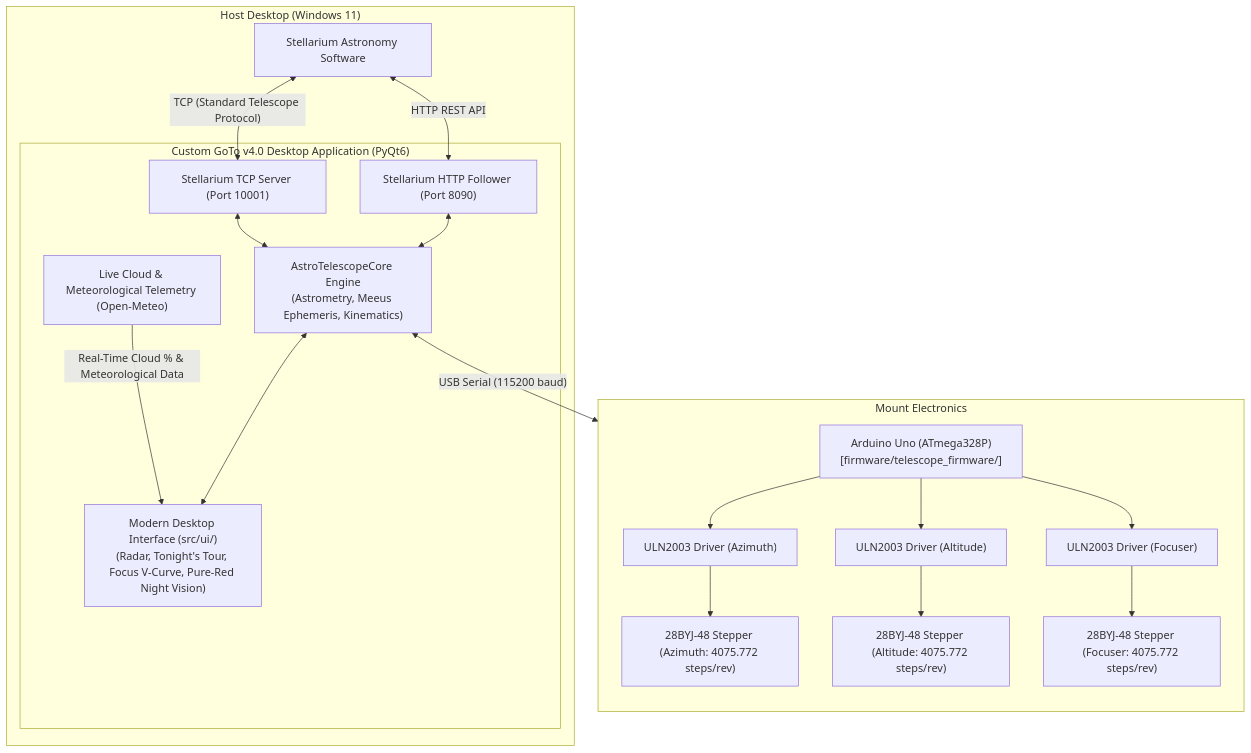
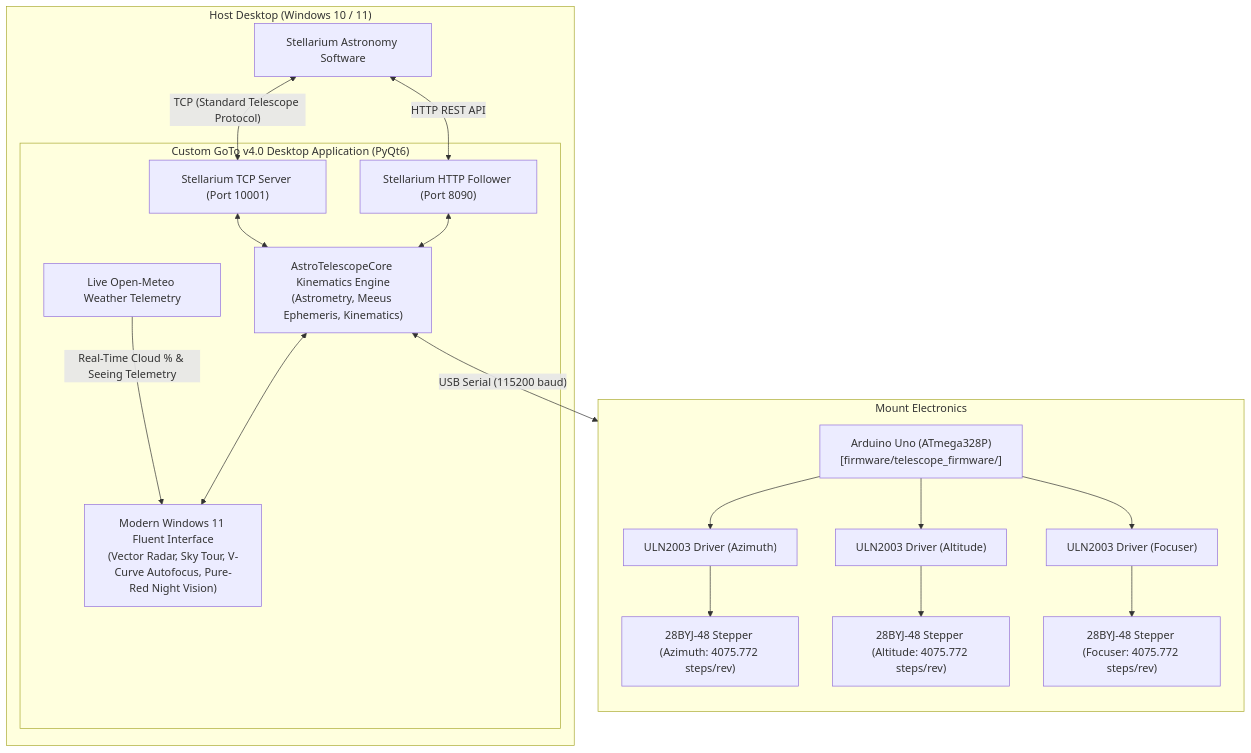
One commit to Hitesh070/Custom-GoTo-Telescope changed the diagram in README.md. Above: the diagram before and after it, drawn with Mermaid. The commit also changed other lines of this file, not shown here.

Commit message:
docs: modernize and expand README.md with badges, keyboard shortcuts, hardware table, and v4.0 architecture

````diff
--- a/README.md
+++ b/README.md
@@ -9,35 +25,35 @@
 ```mermaid
 flowchart TD
-    subgraph PC["Host Desktop (Windows 11)"]
+    subgraph PC["Host Desktop (Windows 10 / 11)"]
         S["Stellarium Astronomy Software"]
         subgraph BridgeApp["Custom GoTo v4.0 Desktop Application (PyQt6)"]
             ST_SRV["Stellarium TCP Server (Port 10001)"]
             HTTP_CLI["Stellarium HTTP Follower (Port 8090)"]
-            WX_SVC["Live Cloud & Meteorological Telemetry (Open-Meteo)"]
-            CORE["AstroTelescopeCore Engine\n(Astrometry, Meeus Ephemeris, Kinematics)"]
-            GUI["Modern Desktop Interface (src/ui/)\n(Radar, Tonight's Tour, Focus V-Curve, Pure-Red Night Vision)"]
+            WX_SVC["Live Open-Meteo Weather Telemetry"]
+            CORE["AstroTelescopeCore Kinematics Engine\n(Astrometry, Meeus Ephemeris, Kinematics)"]
+            GUI["Modern Windows 11 Fluent Interface\n(Vector Radar, Sky Tour, V-Curve Autofocus, Pure-Red Night Vision)"]
         end
     end
 
     subgraph Hardware["Mount Electronics"]
         direction TB
         UNO["Arduino Uno (ATmega328P)\n[firmware/telescope_firmware/]"]
         ULN_AZ["ULN2003 Driver (Azimuth)"]
         ULN_ALT["ULN2003 Driver (Altitude)"]
         ULN_FOC["ULN2003 Driver (Focuser)"]
         M_AZ["28BYJ-48 Stepper (Azimuth: 4075.772 steps/rev)"]
         M_ALT["28BYJ-48 Stepper (Altitude: 4075.772 steps/rev)"]
         M_FOC["28BYJ-48 Stepper (Focuser: 4075.772 steps/rev)"]
     end
 
     S <-->|"TCP (Standard Telescope Protocol)"| ST_SRV
     S <-->|"HTTP REST API"| HTTP_CLI
-    WX_SVC -->|"Real-Time Cloud % & Meteorological Data"| GUI
+    WX_SVC -->|"Real-Time Cloud % & Seeing Telemetry"| GUI
     ST_SRV <--> CORE
     HTTP_CLI <--> CORE
     CORE <--> GUI
     CORE <-->|"USB Serial (115200 baud)"| UNO
     UNO --> ULN_AZ --> M_AZ
     UNO --> ULN_ALT --> M_ALT
     UNO --> ULN_FOC --> M_FOC
 ```
````
